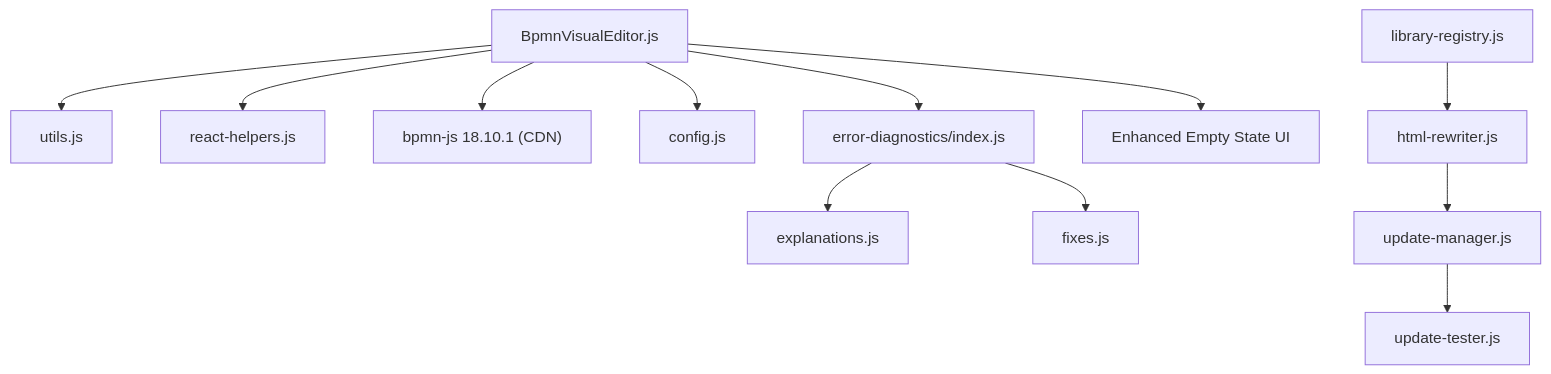
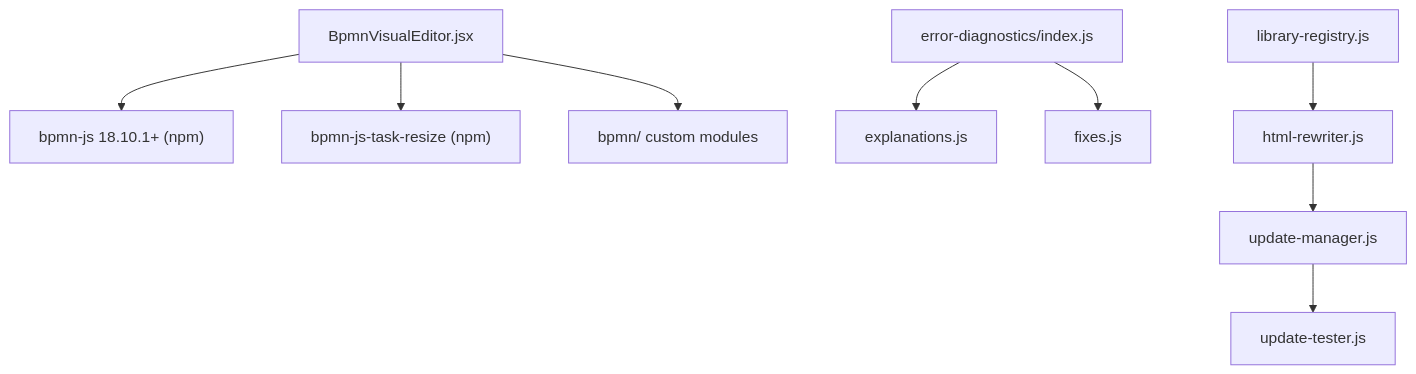
One commit to ongchonghian/universal-diagram-editor changed the fifth of 5 diagrams in .qoder/repowiki/en/content/Editor Architecture/Visual Editors/BPMN Visual Editor.md. Above: the diagram before and after it, drawn with Mermaid. The commit also changed other lines of this file and 31 other files, not shown here.

````diff
--- a/.qoder/repowiki/en/content/Editor Architecture/Visual Editors/BPMN Visual Editor.md
+++ b/.qoder/repowiki/en/content/Editor Architecture/Visual Editors/BPMN Visual Editor.md
@@ -365,14 +294,11 @@
 ```mermaid
 graph TB
-BpmnEditor["BpmnVisualEditor.js"] --> Utils["utils.js"]
-BpmnEditor --> ReactHelpers["react-helpers.js"]
-BpmnEditor --> BpmnJS["bpmn-js 18.10.1 (CDN)"]
-BpmnEditor --> Config["config.js"]
-BpmnEditor --> ErrorDiagnostics["error-diagnostics/index.js"]
-BpmnEditor --> EmptyState["Enhanced Empty State UI"]
-ErrorDiagnostics --> ErrorExplanations["explanations.js"]
+BpmnEditor["BpmnVisualEditor.jsx"] --> BpmnJS["bpmn-js 18.10.1+ (npm)"]
+BpmnEditor --> TaskResize["bpmn-js-task-resize (npm)"]
+BpmnEditor --> CustomMods["bpmn/ custom modules"]
+ErrorDiagnostics["error-diagnostics/index.js"] --> ErrorExplanations["explanations.js"]
 ErrorDiagnostics --> ErrorFixes["fixes.js"]
 LibraryRegistry["library-registry.js"] --> HtmlRewriter["html-rewriter.js"]
 HtmlRewriter --> UpdateManager["update-manager.js"]
 UpdateManager --> UpdateTester["update-tester.js"]
 ```
````
